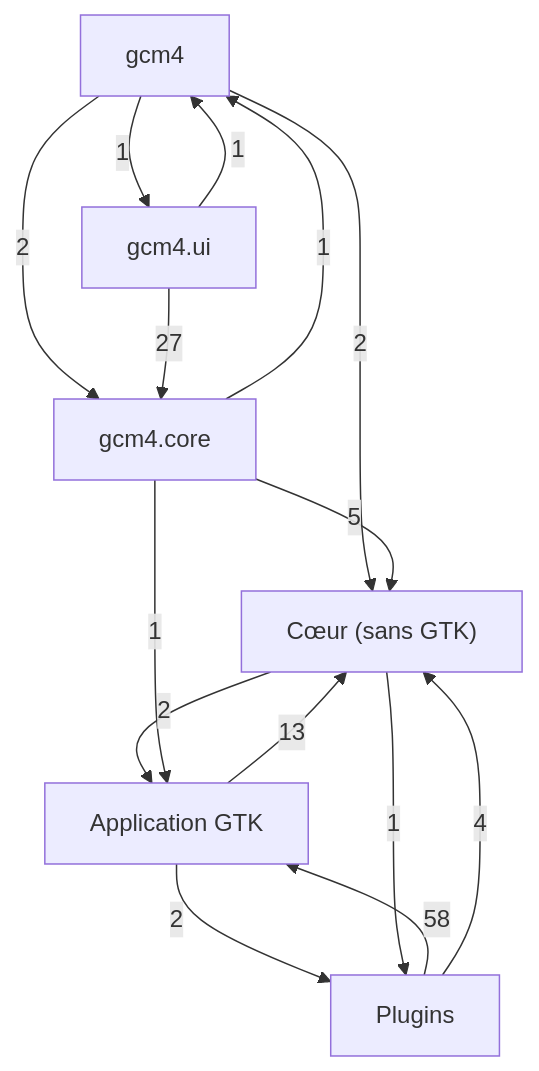
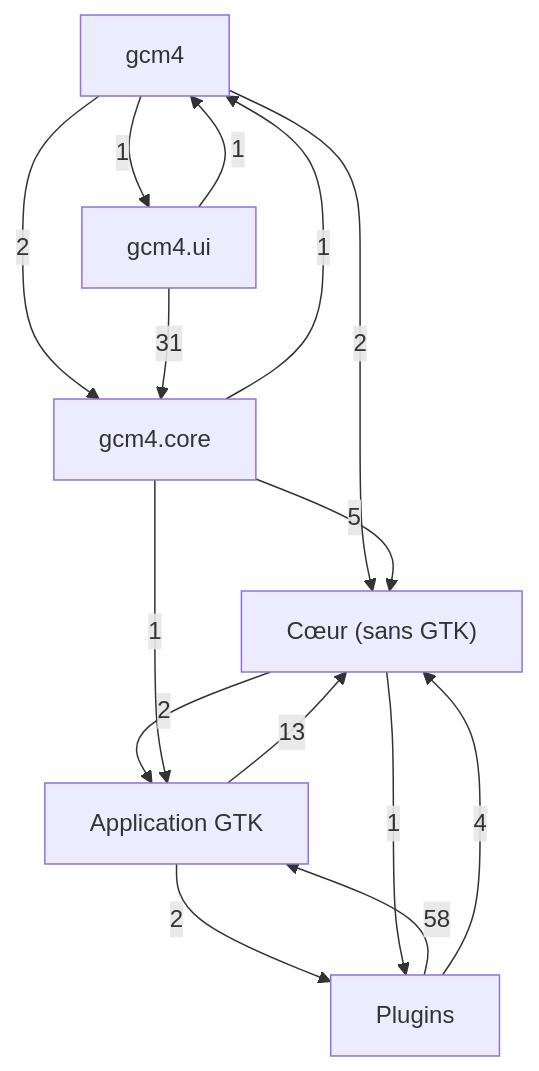
The first of 7 diagrams in docs/class-diagram.md (Mathide-Team/Gcm4), drawn with Mermaid before and after one commit. The commit also changed other lines of this file and 71 other files, not shown here.

````diff
--- a/docs/class-diagram.md
+++ b/docs/class-diagram.md
@@ -21,23 +21,23 @@
 ```mermaid
 flowchart TD
     g0["Cœur (sans GTK)"]
     g1["Application GTK"]
     g2["Plugins"]
     g3["gcm4"]
     g4["gcm4.core"]
     g5["gcm4.ui"]
     g1 -->|13| g0
     g1 -->|2| g2
     g0 -->|2| g1
     g0 -->|1| g2
     g2 -->|58| g1
     g2 -->|4| g0
     g3 -->|2| g0
     g3 -->|2| g4
     g3 -->|1| g5
     g4 -->|1| g1
     g4 -->|5| g0
     g4 -->|1| g3
     g5 -->|1| g3
-    g5 -->|27| g4
+    g5 -->|31| g4
 ```
````
